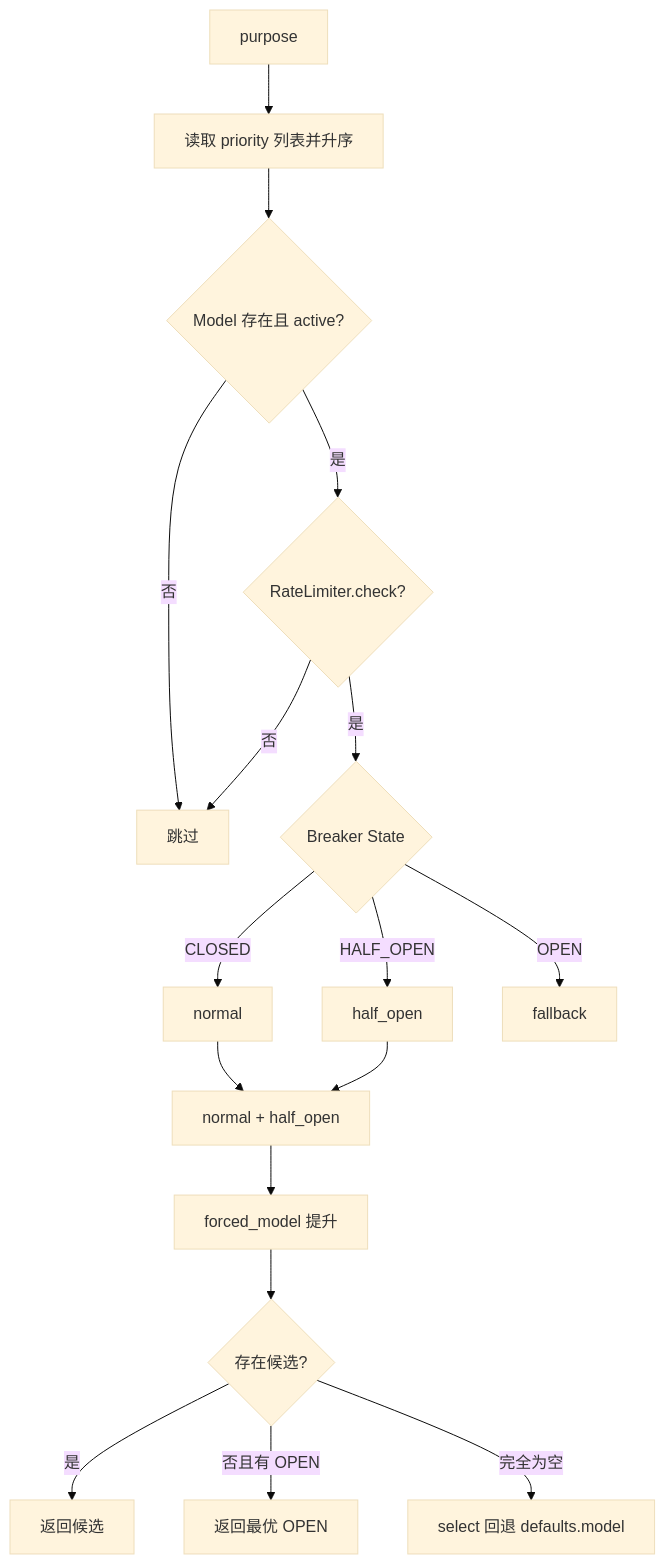
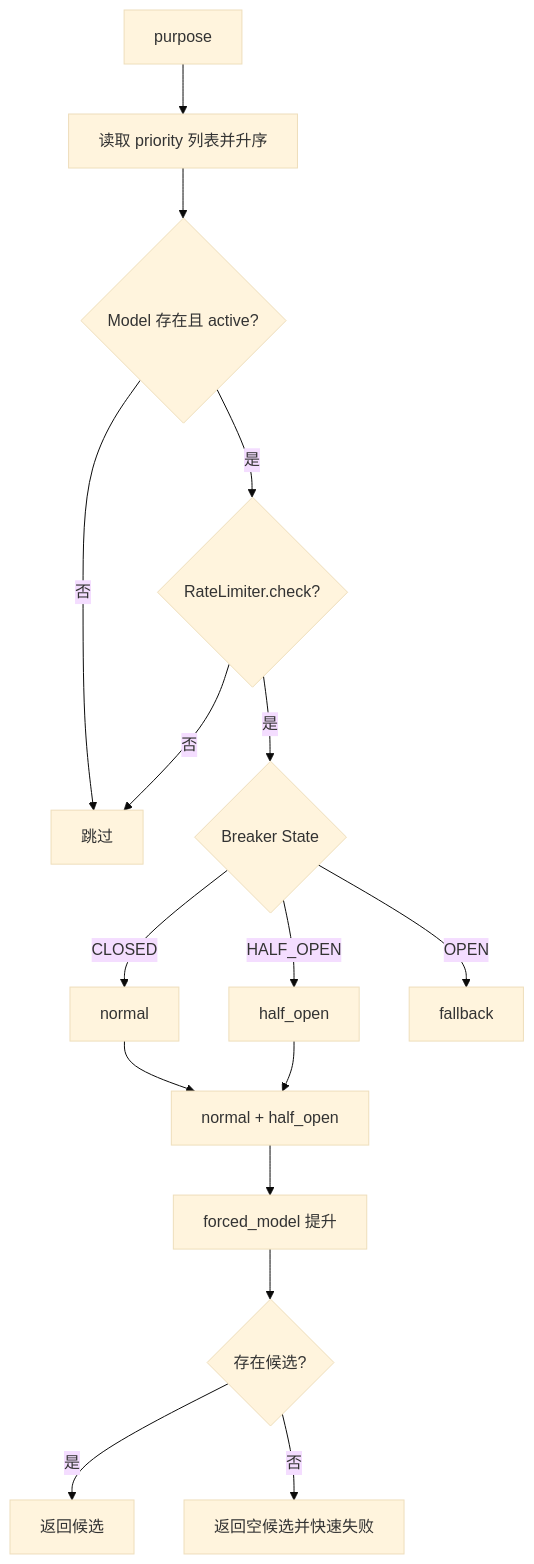
The eighth of 20 diagrams in docs/wiki/LLM 模块总体说明.md (aandbcct/dotClaw), drawn with Mermaid (base theme) before and after one commit. The commit also changed other lines of this file and 45 other files, not shown here.

````diff
--- a/docs/wiki/LLM 模块总体说明.md
+++ b/docs/wiki/LLM 模块总体说明.md
@@ -1367,20 +1360,19 @@
 ```mermaid
 flowchart TD
     Purpose["purpose"] --> Priority["读取 priority 列表并升序"]
     Priority --> Active{"Model 存在且 active?"}
     Active -->|否| Skip["跳过"]
     Active -->|是| Rate{"RateLimiter.check?"}
     Rate -->|否| Skip
     Rate -->|是| State{"Breaker State"}
     State -->|CLOSED| Normal["normal"]
     State -->|HALF_OPEN| Half["half_open"]
     State -->|OPEN| Open["fallback"]
 
     Normal --> Merge["normal + half_open"]
     Half --> Merge
     Merge --> Forced["forced_model 提升"]
     Forced --> Has{"存在候选?"}
     Has -->|是| Return["返回候选"]
-    Has -->|否且有 OPEN| Emergency["返回最优 OPEN"]
-    Has -->|完全为空| Default["select 回退 defaults.model"]
+    Has -->|否| Fail["返回空候选并快速失败"]
 ```
````
